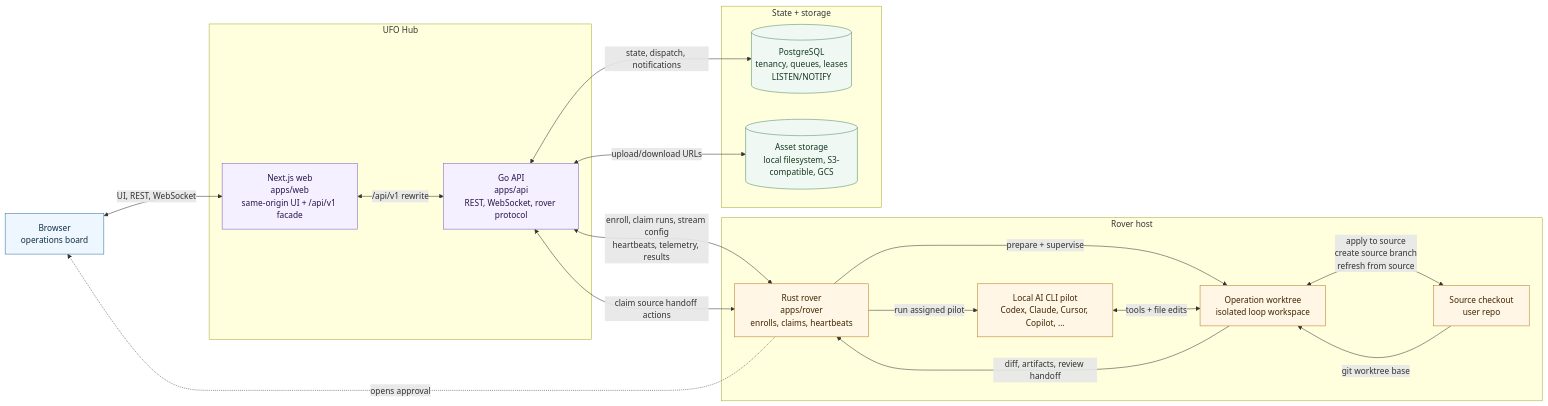
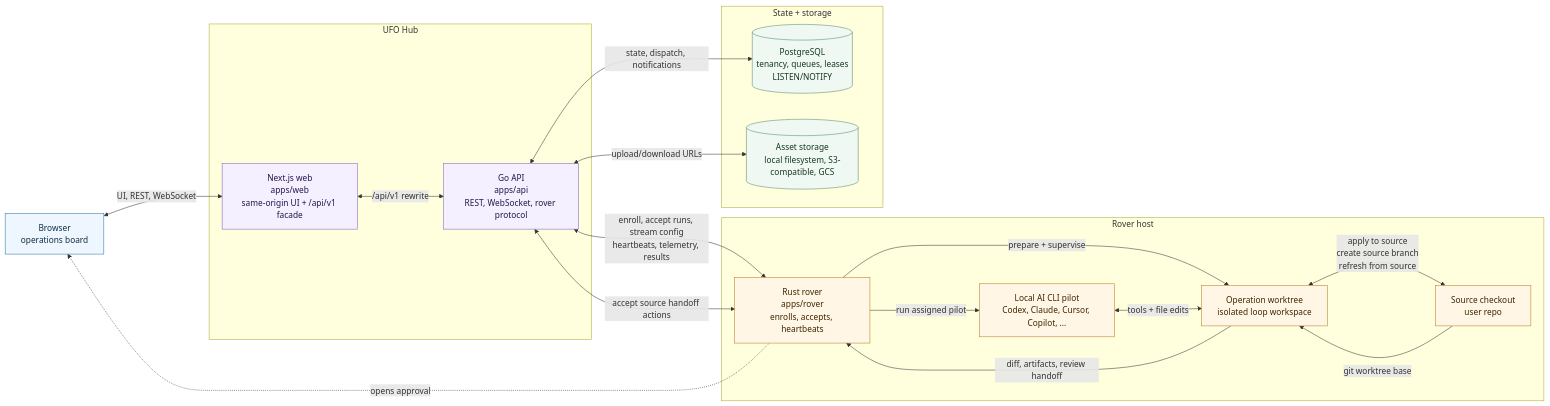
One commit to fengsi/ufo changed the diagram in README.md. Above: the diagram before and after it, drawn with Mermaid. The commit also changed other lines of this file and 61 other files, not shown here.

````diff
--- a/README.md
+++ b/README.md
@@ -74,45 +74,45 @@
 ```mermaid
 flowchart LR
   Browser["Browser<br/>operations board"]
 
   subgraph Hub["UFO Hub"]
     Web["Next.js web<br/>apps/web<br/>same-origin UI + /api/v1 facade"]
     API["Go API<br/>apps/api<br/>REST, WebSocket, rover protocol"]
   end
 
   subgraph Data["State + storage"]
     DB[("PostgreSQL<br/>tenancy, queues, leases<br/>LISTEN/NOTIFY")]
     Assets[("Asset storage<br/>local filesystem, S3-compatible, GCS")]
   end
 
   subgraph Host["Rover host"]
     Source["Source checkout<br/>user repo"]
-    Rover["Rust rover<br/>apps/rover<br/>enrolls, claims, heartbeats"]
+    Rover["Rust rover<br/>apps/rover<br/>enrolls, accepts, heartbeats"]
     Worktree["Operation worktree<br/>isolated loop workspace"]
     Pilot["Local AI CLI pilot<br/>Codex, Claude, Cursor, Copilot, ..."]
   end
 
   Browser <-->|UI, REST, WebSocket| Web
   Web <-->|/api/v1 rewrite| API
   API <-->|state, dispatch, notifications| DB
   API <-->|upload/download URLs| Assets
-  API <-->|enroll, claim runs, stream config<br/>heartbeats, telemetry, results| Rover
-  API <-->|claim source handoff actions| Rover
+  API <-->|enroll, accept runs, stream config<br/>heartbeats, telemetry, results| Rover
+  API <-->|accept source handoff actions| Rover
 
   Rover -. opens approval .-> Browser
   Source -->|git worktree base| Worktree
   Rover -->|prepare + supervise| Worktree
   Rover -->|run assigned pilot| Pilot
   Pilot <-->|tools + file edits| Worktree
   Worktree -->|diff, artifacts, review handoff| Rover
   Worktree <-->|apply to source<br/>create source branch<br/>refresh from source| Source
 
   classDef user fill:#eef7ff,stroke:#2f6f9f,color:#0f2f44
   classDef hub fill:#f5f0ff,stroke:#7c5cc4,color:#25164a
   classDef data fill:#f0f8f3,stroke:#4f8a62,color:#16391f
   classDef host fill:#fff6e6,stroke:#b7791f,color:#402600
   class Browser user
   class Web,API hub
   class DB,Assets data
   class Source,Rover,Worktree,Pilot host
 ```
````
